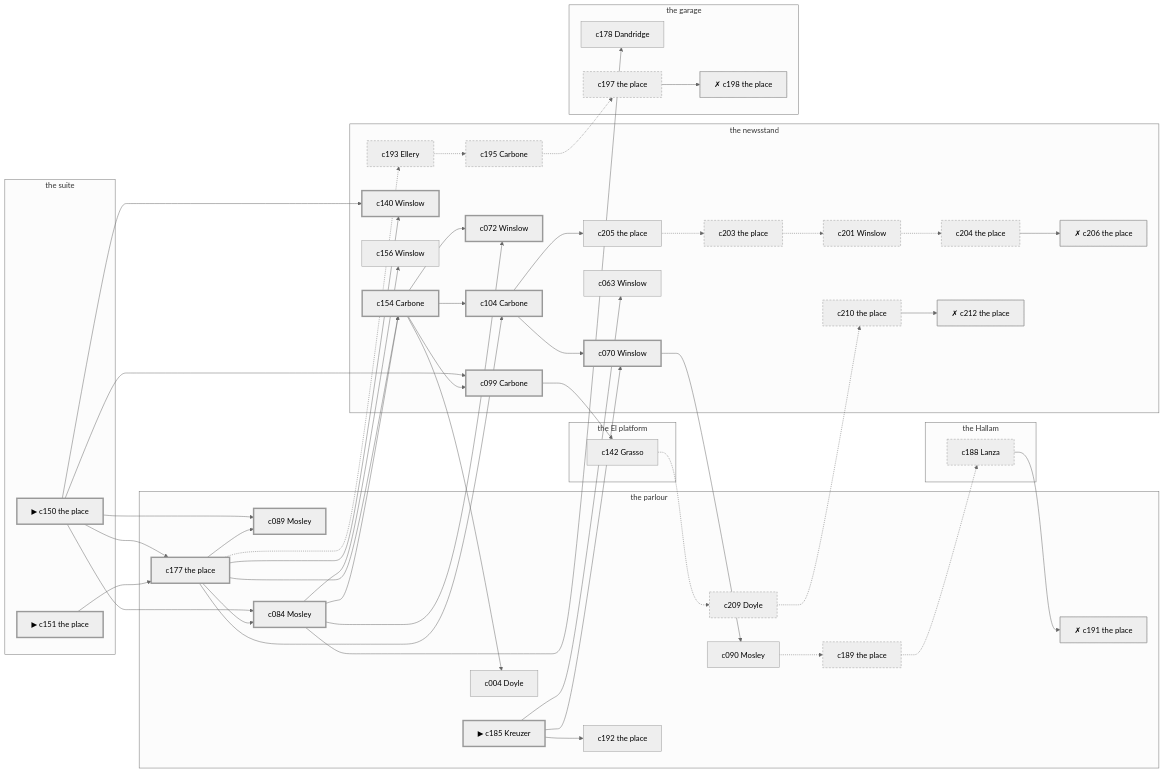
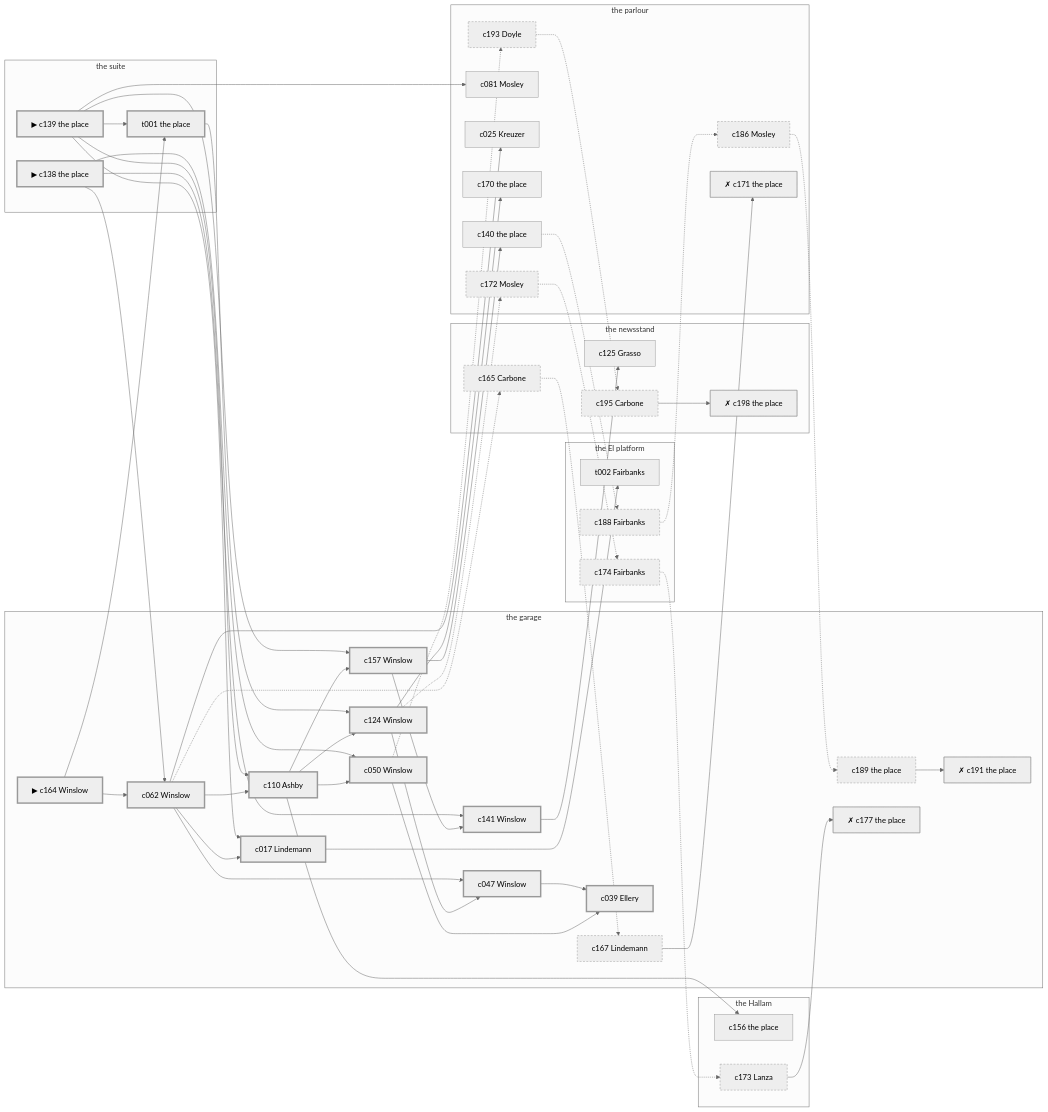
Before and after one commit to lyamshin/dashiell: the diagram in docs/samples/case-9.md, drawn with Mermaid (neutral theme). The commit also changed other lines of this file and 110 other files, not shown here.

````diff
--- a/docs/samples/case-9.md
+++ b/docs/samples/case-9.md
@@ -319,97 +734,98 @@
 ```mermaid
 graph LR
   subgraph P1["the parlour"]
-    c185["▶ c185 Kreuzer"]
-    c177["c177 the place"]
-    c089["c089 Mosley"]
-    c084["c084 Mosley"]
-    c004["c004 Doyle"]
-    c090["c090 Mosley"]
-    c192["c192 the place"]
+    c140["c140 the place"]
+    c081["c081 Mosley"]
+    c025["c025 Kreuzer"]
+    c170["c170 the place"]
+    c186["c186 Mosley"]
+    c172["c172 Mosley"]
+    c193["c193 Doyle"]
+    c171["✗ c171 the place"]
+  end
+  subgraph P2["the El platform"]
+    t002["t002 Fairbanks"]
+    c188["c188 Fairbanks"]
+    c174["c174 Fairbanks"]
+  end
+  subgraph P3["the newsstand"]
+    c125["c125 Grasso"]
+    c195["c195 Carbone"]
+    c198["✗ c198 the place"]
+    c165["c165 Carbone"]
+  end
+  subgraph P4["the Hallam"]
+    c156["c156 the place"]
+    c173["c173 Lanza"]
+  end
+  subgraph P5["the garage"]
+    c164["▶ c164 Winslow"]
+    c062["c062 Winslow"]
+    c110["c110 Ashby"]
+    c124["c124 Winslow"]
+    c047["c047 Winslow"]
+    c157["c157 Winslow"]
+    c017["c017 Lindemann"]
+    c050["c050 Winslow"]
+    c039["c039 Ellery"]
+    c141["c141 Winslow"]
     c189["c189 the place"]
     c191["✗ c191 the place"]
-    c209["c209 Doyle"]
-  end
-  subgraph P2["the El platform"]
-    c142["c142 Grasso"]
-  end
-  subgraph P3["the newsstand"]
-    c154["c154 Carbone"]
-    c140["c140 Winslow"]
-    c104["c104 Carbone"]
-    c070["c070 Winslow"]
-    c072["c072 Winslow"]
-    c099["c099 Carbone"]
-    c156["c156 Winslow"]
-    c063["c063 Winslow"]
-    c205["c205 the place"]
-    c203["c203 the place"]
-    c201["c201 Winslow"]
-    c204["c204 the place"]
-    c206["✗ c206 the place"]
-    c193["c193 Ellery"]
-    c195["c195 Carbone"]
-    c210["c210 the place"]
-    c212["✗ c212 the place"]
-  end
-  subgraph P4["the Hallam"]
-    c188["c188 Lanza"]
-  end
-  subgraph P5["the garage"]
-    c178["c178 Dandridge"]
-    c197["c197 the place"]
-    c198["✗ c198 the place"]
+    c177["✗ c177 the place"]
+    c167["c167 Lindemann"]
   end
   subgraph P6["the suite"]
-    c150["▶ c150 the place"]
-    c151["▶ c151 the place"]
+    c138["▶ c138 the place"]
+    c139["▶ c139 the place"]
+    t001["t001 the place"]
   end
-  c150 --> c177
-  c150 --> c089
-  c150 --> c084
-  c150 --> c140
-  c150 --> c099
-  c151 --> c177
-  c185 --> c070
-  c185 --> c192
-  c185 --> c063
-  c177 --> c089
-  c177 --> c084
-  c177 --> c154
-  c177 --> c140
-  c177 --> c104
-  c177 -.-> c193
-  c084 --> c154
-  c084 --> c072
-  c084 --> c178
-  c084 --> c156
-  c154 --> c104
-  c154 --> c072
-  c154 --> c099
-  c154 --> c004
-  c104 --> c070
-  c104 --> c205
-  c070 --> c090
-  c099 --> c142
-  c142 -.-> c209
-  c090 -.-> c189
-  c205 -.-> c203
-  c203 -.-> c201
-  c201 -.-> c204
-  c204 --> c206
+  c138 --> c062
+  c138 --> c050
+  c138 --> c141
+  c139 --> t001
+  c139 --> c110
+  c139 --> c157
+  c139 --> c017
+  c139 --> c081
+  c164 --> t001
+  c164 --> c062
+  t001 --> c124
+  c062 --> c110
+  c062 --> c047
+  c062 --> c017
+  c062 --> c025
+  c062 -.-> c165
+  c110 --> c124
+  c110 --> c157
+  c110 --> c050
+  c110 --> c156
+  c124 --> c047
+  c124 --> c170
+  c124 -.-> c172
+  c047 --> c039
+  c157 --> c141
+  c157 --> c140
+  c017 --> t002
+  c050 --> c039
+  c050 -.-> c193
+  c141 --> c125
+  c140 -.-> c188
+  c188 -.-> c186
+  c186 -.-> c189
+  c189 --> c191
+  c172 -.-> c174
+  c174 -.-> c173
+  c173 --> c177
   c193 -.-> c195
-  c195 -.-> c197
-  c197 --> c198
-  c189 -.-> c188
-  c188 --> c191
-  c209 -.-> c210
-  c210 --> c212
+  c195 --> c198
+  c165 -.-> c167
+  c167 --> c171
   classDef spine stroke-width:3px;
   classDef corrob stroke-width:1px;
   classDef noise stroke-dasharray: 4 3;
   classDef disq stroke-width:2px,stroke-dasharray: 1 0;
-  class c150,c151,c185,c177,c089,c084,c154,c140,c104,c070,c072,c099 spine;
-  class c178,c142,c156,c004,c090,c192,c063,c205 corrob;
-  class c203,c201,c204,c193,c195,c197,c189,c188,c209,c210 noise;
-  class c206,c198,c191,c212 disq;
+  class c138,c139,c164,t001,c062,c110,c124,c047,c157,c017,c050,c039,c141 spine;
+  class c140,c156,c125,t002,c081,c025,c170 corrob;
+  class c188,c186,c189,c172,c174,c173,c193,c195,c165,c167 noise;
+  class c191,c177,c198,c171 disq;
 ```
````
